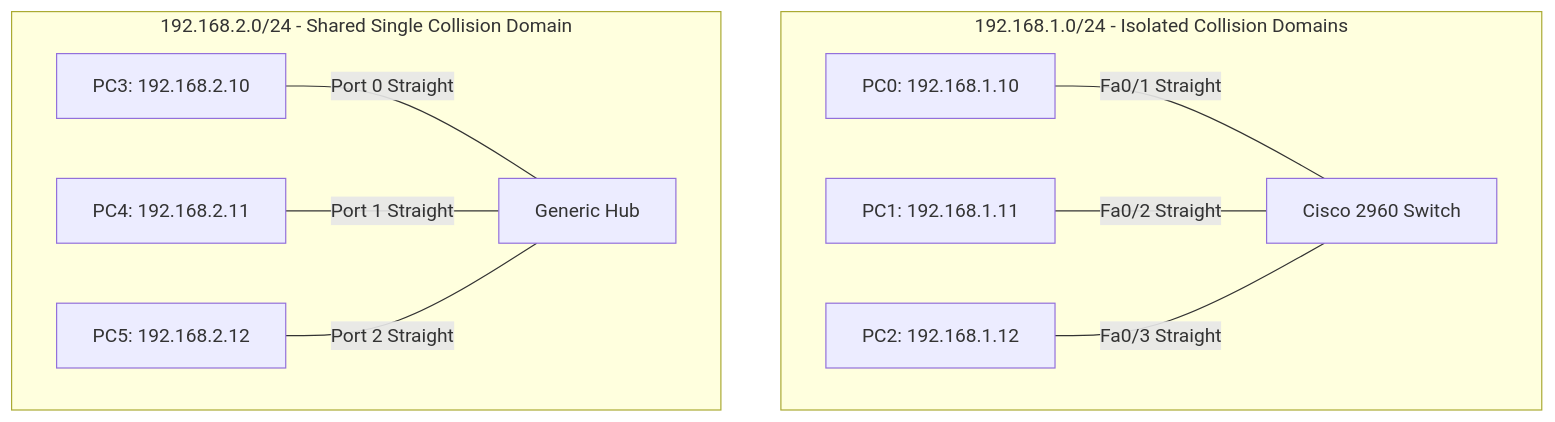
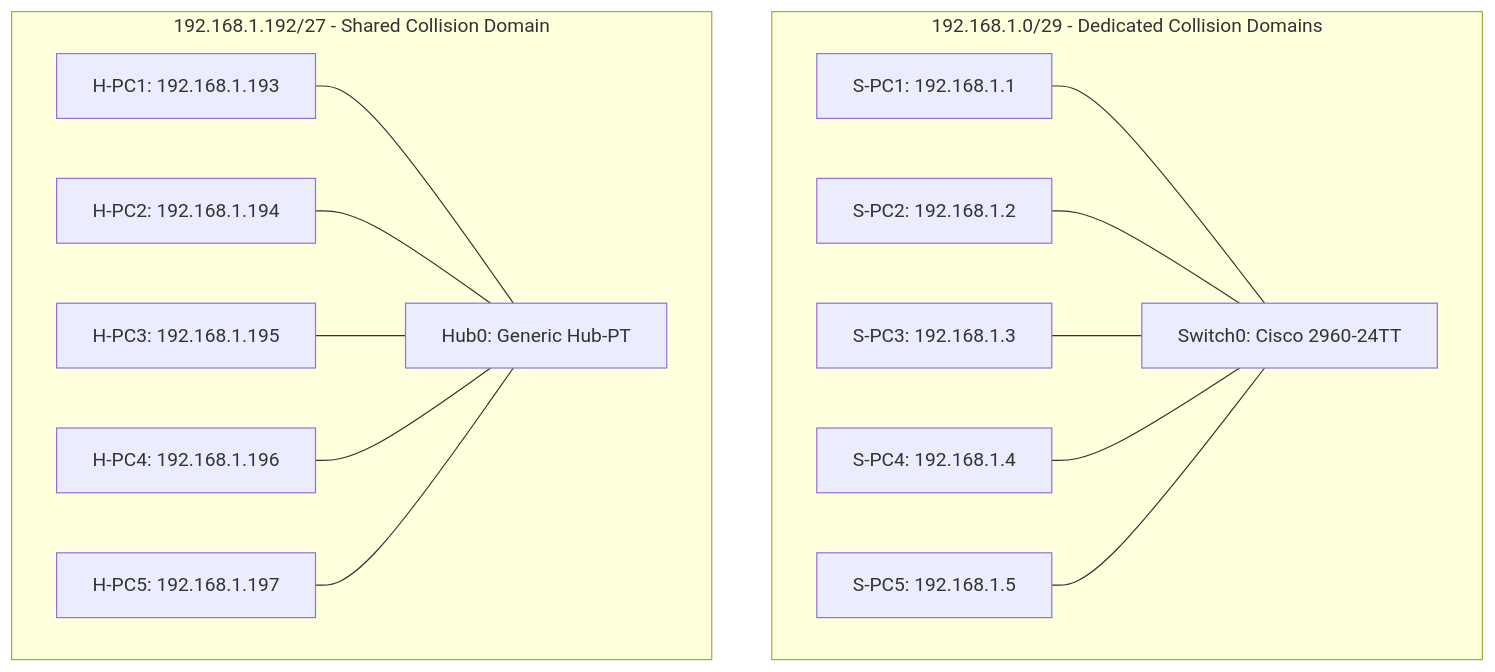
One commit to ertval/deep-in-net changed the second of 9 diagrams in README.md. Above: the diagram before and after it, drawn with Mermaid. The commit also changed other lines of this file and 13 other files, not shown here.

````diff
--- a/README.md
+++ b/README.md
@@ -248,15 +249,19 @@
 ```mermaid
 graph TD
-    subgraph Switch LAN [192.168.1.0/24 - Isolated Collision Domains]
-        SW[Cisco 2960 Switch]
-        PC0[PC0: 192.168.1.10] ---|Fa0/1 Straight| SW
-        PC1[PC1: 192.168.1.11] ---|Fa0/2 Straight| SW
-        PC2[PC2: 192.168.1.12] ---|Fa0/3 Straight| SW
+    subgraph Switch Star [192.168.1.0/29 - Dedicated Collision Domains]
+        SW[Switch0: Cisco 2960-24TT]
+        SPC1[S-PC1: 192.168.1.1] --- SW
+        SPC2[S-PC2: 192.168.1.2] --- SW
+        SPC3[S-PC3: 192.168.1.3] --- SW
+        SPC4[S-PC4: 192.168.1.4] --- SW
+        SPC5[S-PC5: 192.168.1.5] --- SW
     end
-    subgraph Hub LAN [192.168.2.0/24 - Shared Single Collision Domain]
-        HUB[Generic Hub]
-        PC3[PC3: 192.168.2.10] ---|Port 0 Straight| HUB
-        PC4[PC4: 192.168.2.11] ---|Port 1 Straight| HUB
-        PC5[PC5: 192.168.2.12] ---|Port 2 Straight| HUB
+    subgraph Hub Star [192.168.1.192/27 - Shared Collision Domain]
+        HUB[Hub0: Generic Hub-PT]
+        HPC1[H-PC1: 192.168.1.193] --- HUB
+        HPC2[H-PC2: 192.168.1.194] --- HUB
+        HPC3[H-PC3: 192.168.1.195] --- HUB
+        HPC4[H-PC4: 192.168.1.196] --- HUB
+        HPC5[H-PC5: 192.168.1.197] --- HUB
     end
 ```
````
